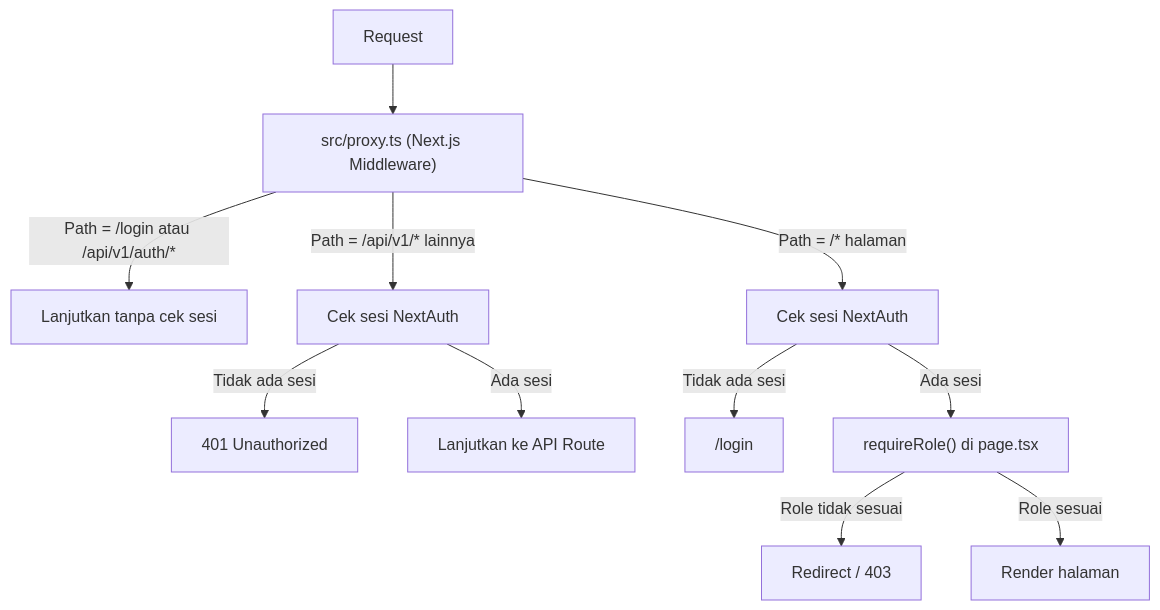
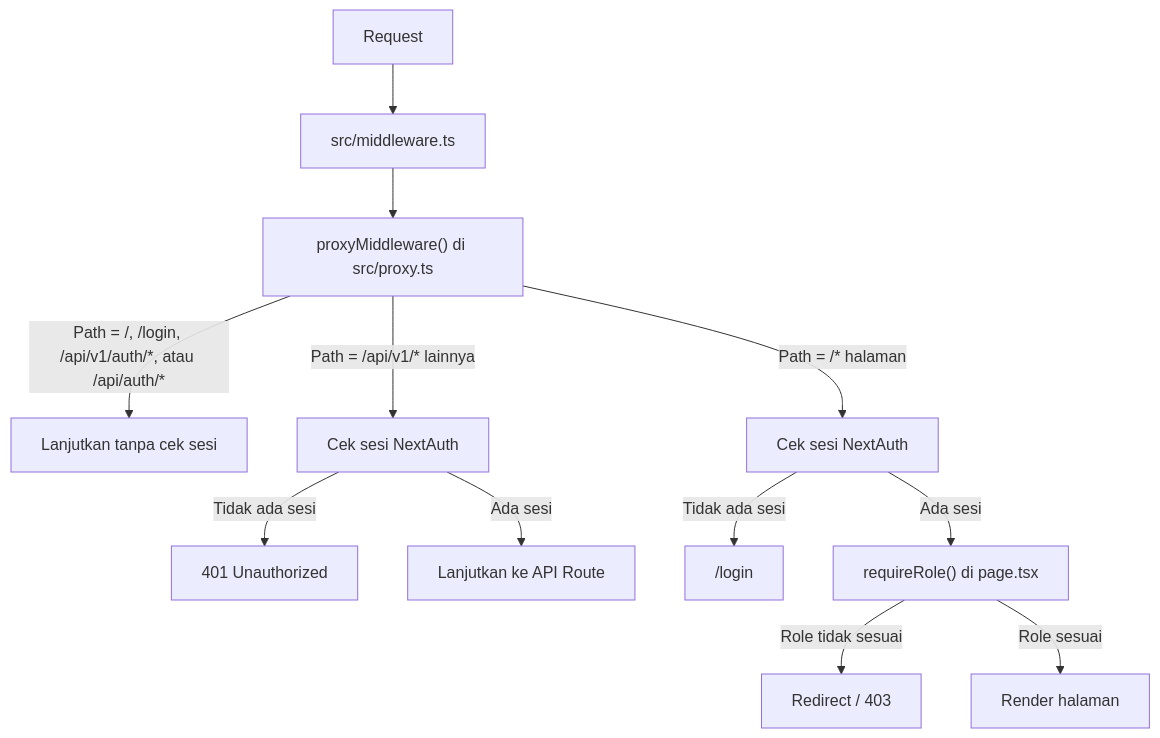
The diagram in docs/routing.md (tumbalku/sdm_bahteramas), drawn with Mermaid before and after one commit. The commit also changed other lines of this file and 20 other files, not shown here.

````diff
--- a/docs/routing.md
+++ b/docs/routing.md
@@ -100,13 +127,14 @@
 ```mermaid
 graph TD
-    Request --> M["src/proxy.ts (Next.js Middleware)"]
-    M -->|"Path = /login atau /api/v1/auth/*"| Public["Lanjutkan tanpa cek sesi"]
-    M -->|"Path = /api/v1/* lainnya"| ApiCheck["Cek sesi NextAuth"]
-    M -->|"Path = /* halaman"| PageCheck["Cek sesi NextAuth"]
+    Request --> M["src/middleware.ts"]
+    M --> P["proxyMiddleware() di src/proxy.ts"]
+    P -->|"Path = /, /login, /api/v1/auth/*, atau /api/auth/*"| Public["Lanjutkan tanpa cek sesi"]
+    P -->|"Path = /api/v1/* lainnya"| ApiCheck["Cek sesi NextAuth"]
+    P -->|"Path = /* halaman"| PageCheck["Cek sesi NextAuth"]
     ApiCheck -->|"Tidak ada sesi"| Api401["401 Unauthorized"]
     ApiCheck -->|"Ada sesi"| ApiNext["Lanjutkan ke API Route"]
     PageCheck -->|"Tidak ada sesi"| LoginRedirect["/login"]
     PageCheck -->|"Ada sesi"| ServerCheck["requireRole() di page.tsx"]
     ServerCheck -->|"Role tidak sesuai"| Forbidden["Redirect / 403"]
     ServerCheck -->|"Role sesuai"| RenderPage["Render halaman"]
 ```
````
